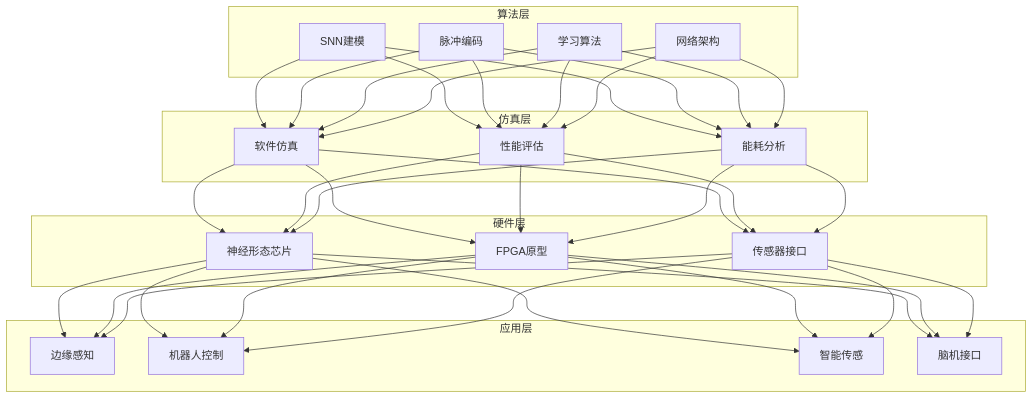
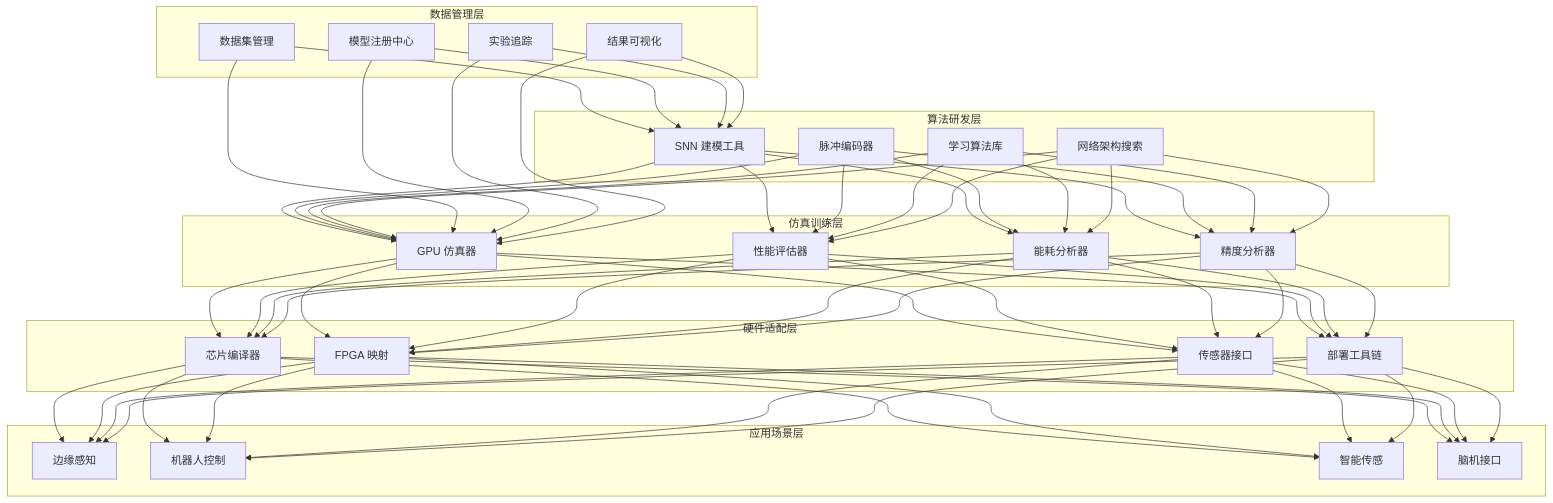
Before and after one commit to kudig-io/kudig-database: the first of 3 diagrams in topic-application-architecture/90-neuromorphic-computing.md, drawn with Mermaid. The commit also changed other lines of this file and 8633 other files, not shown here.

````diff
--- a/topic-application-architecture/90-neuromorphic-computing.md
+++ b/topic-application-architecture/90-neuromorphic-computing.md
@@ -49,32 +119,42 @@
 ```mermaid
 graph TB
-    subgraph 算法层
-        A1[SNN建模]
-        A2[脉冲编码]
-        A3[学习算法]
-        A4[网络架构]
+    subgraph 算法研发层
+        A1[SNN 建模工具]
+        A2[脉冲编码器]
+        A3[学习算法库]
+        A4[网络架构搜索]
     end
 
-    subgraph 仿真层
-        S1[软件仿真]
-        S2[性能评估]
-        S3[能耗分析]
+    subgraph 仿真训练层
+        S1[GPU 仿真器]
+        S2[性能评估器]
+        S3[能耗分析器]
+        S4[精度分析器]
     end
 
-    subgraph 硬件层
-        H1[神经形态芯片]
-        H2[FPGA原型]
+    subgraph 硬件适配层
+        H1[芯片编译器]
+        H2[FPGA 映射]
         H3[传感器接口]
+        H4[部署工具链]
     end
 
-    subgraph 应用层
+    subgraph 应用场景层
         APP1[边缘感知]
         APP2[机器人控制]
         APP3[智能传感]
         APP4[脑机接口]
     end
 
-    A1 & A2 & A3 & A4 --> S1 & S2 & S3
-    S1 & S2 & S3 --> H1 & H2 & H3
-    H1 & H2 & H3 --> APP1 & APP2 & APP3 & APP4
+    subgraph 数据管理层
+        D1[数据集管理]
+        D2[模型注册中心]
+        D3[实验追踪]
+        D4[结果可视化]
+    end
+
+    A1 & A2 & A3 & A4 --> S1 & S2 & S3 & S4
+    S1 & S2 & S3 & S4 --> H1 & H2 & H3 & H4
+    H1 & H2 & H3 & H4 --> APP1 & APP2 & APP3 & APP4
+    D1 & D2 & D3 & D4 --> A1 & S1
 ```
````
